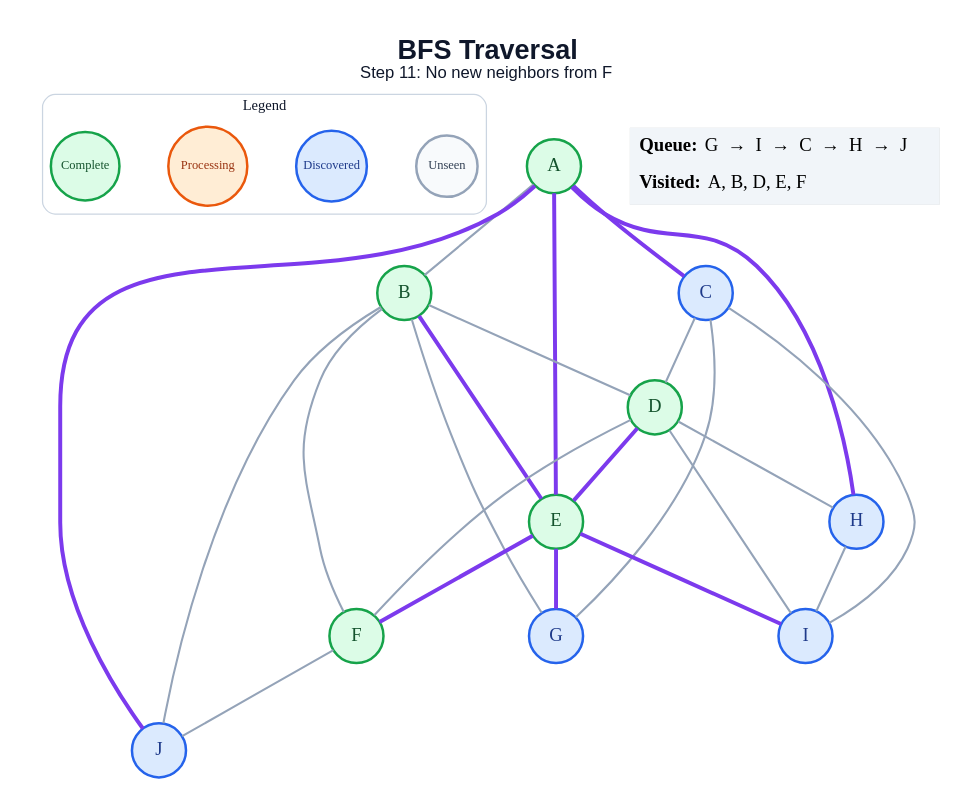
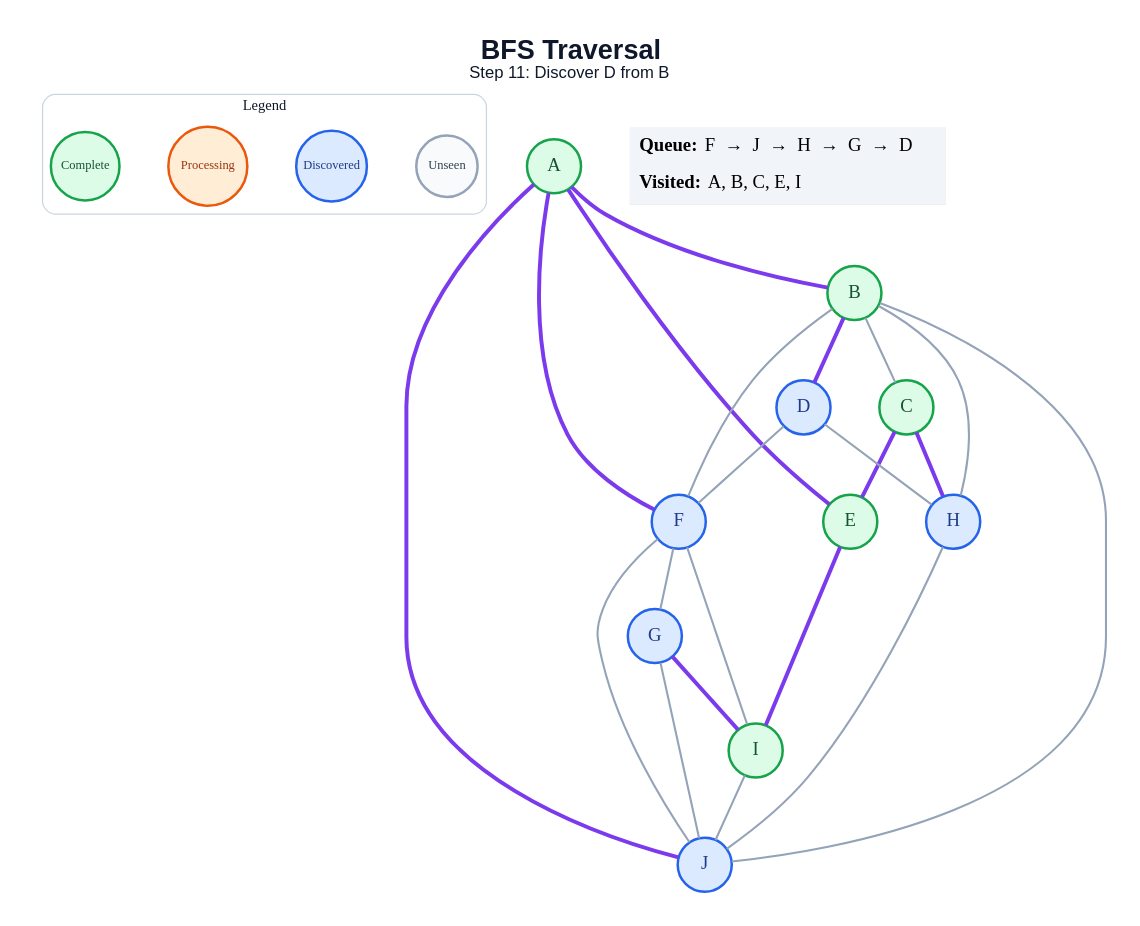
The diagram in generated/specific-node/bfs/step_11.dot (amanghodawala9/ai-slop), drawn with Graphviz before and after one commit. The commit also changed 178 other files, not shown here.

```diff
--- a/generated/specific-node/bfs/step_11.dot
+++ b/generated/specific-node/bfs/step_11.dot
@@ -1,51 +1,50 @@
 graph traversal {
   graph [layout=dot, rankdir=TB, bgcolor="#FFFFFF", pad="0.35", nodesep="0.65", ranksep="0.8", fontname="Arial"];
   node [shape=circle, style="filled", fontname="Arial Bold", fontsize=18, width=0.72, fixedsize=true, penwidth=2.4];
   edge [color="#94A3B8", penwidth=2.0];
-  label=<<B>BFS Traversal</B><BR/><FONT POINT-SIZE="16">Step 11: No new neighbors from F</FONT>>; labelloc="t"; fontsize=26; fontname="Arial"; fontcolor="#0F172A";
+  label=<<B>BFS Traversal</B><BR/><FONT POINT-SIZE="16">Step 11: Discover D from B</FONT>>; labelloc="t"; fontsize=26; fontname="Arial"; fontcolor="#0F172A";
   subgraph cluster_legend { label="Legend"; color="#CBD5E1"; penwidth=1.2; style="rounded"; fontsize=14; fontname="Arial Bold";
     key_unseen [label="Unseen", fillcolor="#F8FAFC", color="#94A3B8", fontcolor="#334155", fontsize=12, width=0.82];
     key_frontier [label="Discovered", fillcolor="#DBEAFE", color="#2563EB", fontcolor="#1E3A8A", fontsize=12, width=0.95];
     key_current [label="Processing", fillcolor="#FFEDD5", color="#EA580C", fontcolor="#9A3412", fontsize=12, width=1.05];
     key_done [label="Complete", fillcolor="#DCFCE7", color="#16A34A", fontcolor="#14532D", fontsize=12, width=0.92];
     { rank=same; key_unseen; key_frontier; key_current; key_done; }
   }
   A [fillcolor="#DCFCE7", color="#16A34A", fontcolor="#14532D"];
   B [fillcolor="#DCFCE7", color="#16A34A", fontcolor="#14532D"];
-  C [fillcolor="#DBEAFE", color="#2563EB", fontcolor="#1E3A8A"];
-  D [fillcolor="#DCFCE7", color="#16A34A", fontcolor="#14532D"];
+  C [fillcolor="#DCFCE7", color="#16A34A", fontcolor="#14532D"];
+  D [fillcolor="#DBEAFE", color="#2563EB", fontcolor="#1E3A8A"];
   E [fillcolor="#DCFCE7", color="#16A34A", fontcolor="#14532D"];
-  F [fillcolor="#DCFCE7", color="#16A34A", fontcolor="#14532D"];
+  F [fillcolor="#DBEAFE", color="#2563EB", fontcolor="#1E3A8A"];
   G [fillcolor="#DBEAFE", color="#2563EB", fontcolor="#1E3A8A"];
   H [fillcolor="#DBEAFE", color="#2563EB", fontcolor="#1E3A8A"];
-  I [fillcolor="#DBEAFE", color="#2563EB", fontcolor="#1E3A8A"];
+  I [fillcolor="#DCFCE7", color="#16A34A", fontcolor="#14532D"];
   J [fillcolor="#DBEAFE", color="#2563EB", fontcolor="#1E3A8A"];
-  A -- B;
-  A -- C [color="#7C3AED", penwidth=3.8];
+  A -- B [color="#7C3AED", penwidth=3.8];
   A -- E [color="#7C3AED", penwidth=3.8];
-  A -- H [color="#7C3AED", penwidth=3.8];
+  A -- F [color="#7C3AED", penwidth=3.8];
   A -- J [color="#7C3AED", penwidth=3.8];
-  B -- D;
-  B -- E [color="#7C3AED", penwidth=3.8];
+  B -- C;
+  B -- D [color="#7C3AED", penwidth=3.8];
   B -- F;
-  B -- G;
+  B -- H;
   B -- J;
-  C -- D;
-  C -- G;
-  C -- I;
-  D -- E [color="#7C3AED", penwidth=3.8];
+  C -- E [color="#7C3AED", penwidth=3.8];
+  C -- H [color="#7C3AED", penwidth=3.8];
   D -- F;
   D -- H;
-  D -- I;
-  E -- F [color="#7C3AED", penwidth=3.8];
-  E -- G [color="#7C3AED", penwidth=3.8];
   E -- I [color="#7C3AED", penwidth=3.8];
+  F -- G;
+  F -- I;
   F -- J;
-  H -- I;
+  G -- I [color="#7C3AED", penwidth=3.8];
+  G -- J;
+  H -- J;
+  I -- J;
   status [shape=plain, fixedsize=false, width=0, height=0, margin=0, label=<
     <TABLE BORDER="0" CELLBORDER="0" CELLPADDING="7" BGCOLOR="#F1F5F9">
-      <TR><TD ALIGN="LEFT"><B>Queue:</B> G  →  I  →  C  →  H  →  J</TD></TR>
-      <TR><TD ALIGN="LEFT"><B>Visited:</B> A, B, D, E, F</TD></TR>
+      <TR><TD ALIGN="LEFT"><B>Queue:</B> F  →  J  →  H  →  G  →  D</TD></TR>
+      <TR><TD ALIGN="LEFT"><B>Visited:</B> A, B, C, E, I</TD></TR>
     </TABLE>
   >];
 }
```
